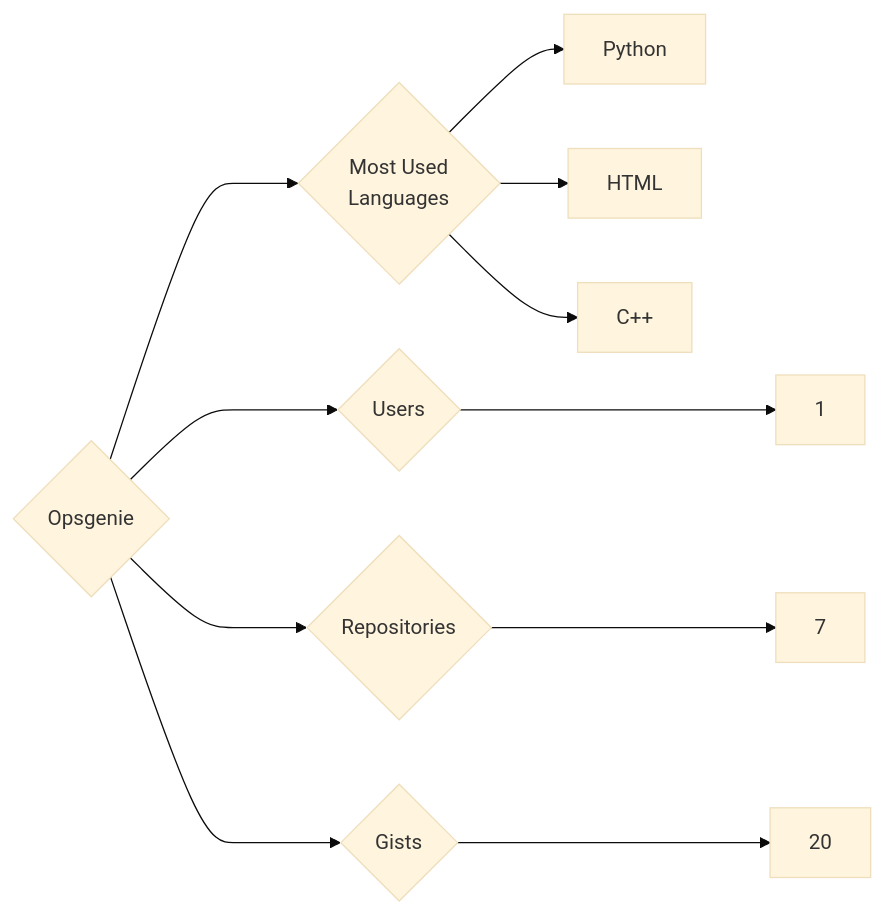
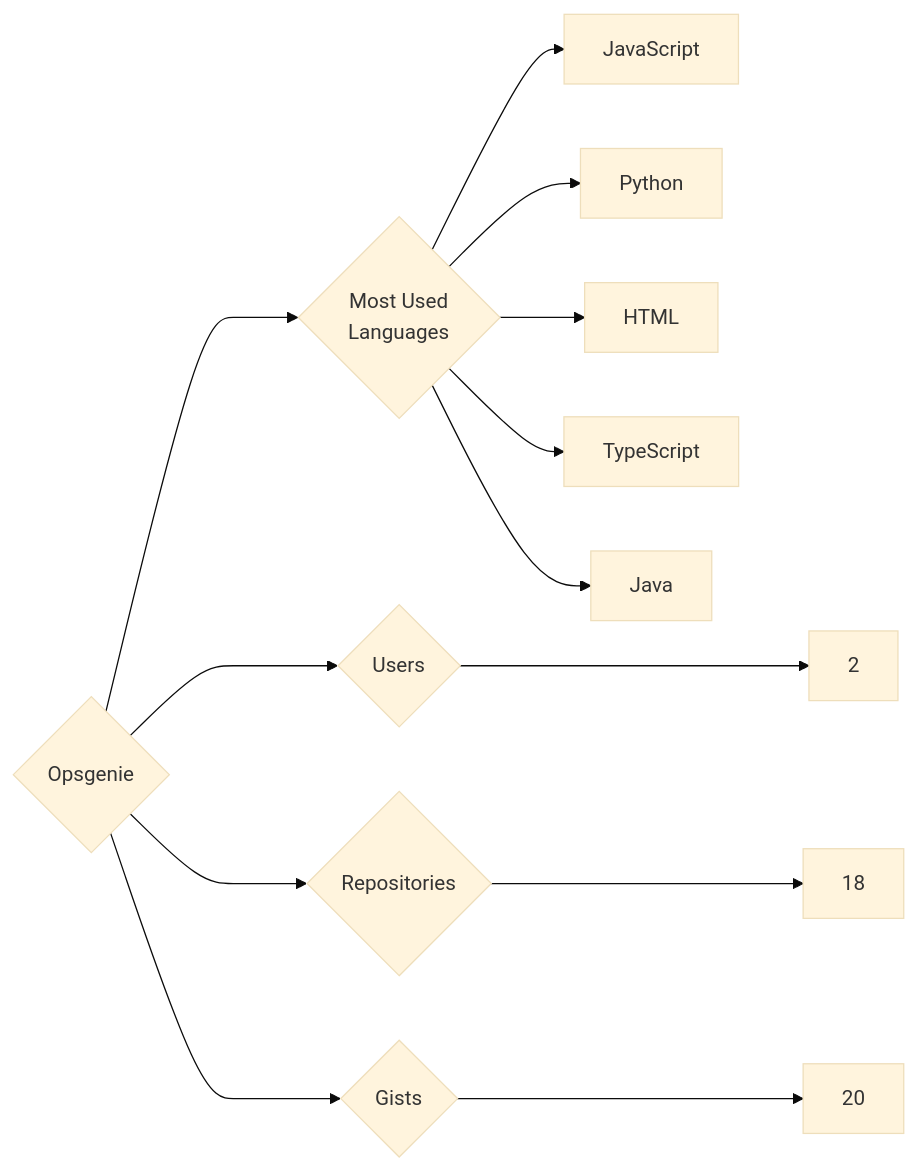
Before and after one commit to trickest/insiders: the diagram in targets/Opsgenie/README.md, drawn with Mermaid (base theme). The commit also changed 534 other files, not shown here.

````diff
--- a/targets/Opsgenie/README.md
+++ b/targets/Opsgenie/README.md
@@ -3,11 +3,13 @@
 ```mermaid
 graph LR
 COMPANY_NAME{Opsgenie}
-COMPANY_NAME ---> U{Users} ---> UN[1]
-COMPANY_NAME ---> R{Repositories} ---> RN[7]
+COMPANY_NAME ---> U{Users} ---> UN[2]
+COMPANY_NAME ---> R{Repositories} ---> RN[18]
 COMPANY_NAME ---> G{Gists} ---> GN[20]
 COMPANY_NAME ---> ML{Most Used<br>Languages}
+ML --> JavaScript[JavaScript]
 ML --> Python[Python]
 ML --> HTML[HTML]
-ML --> C++[C++]
+ML --> TypeScript[TypeScript]
+ML --> Java[Java]
 ```
````
